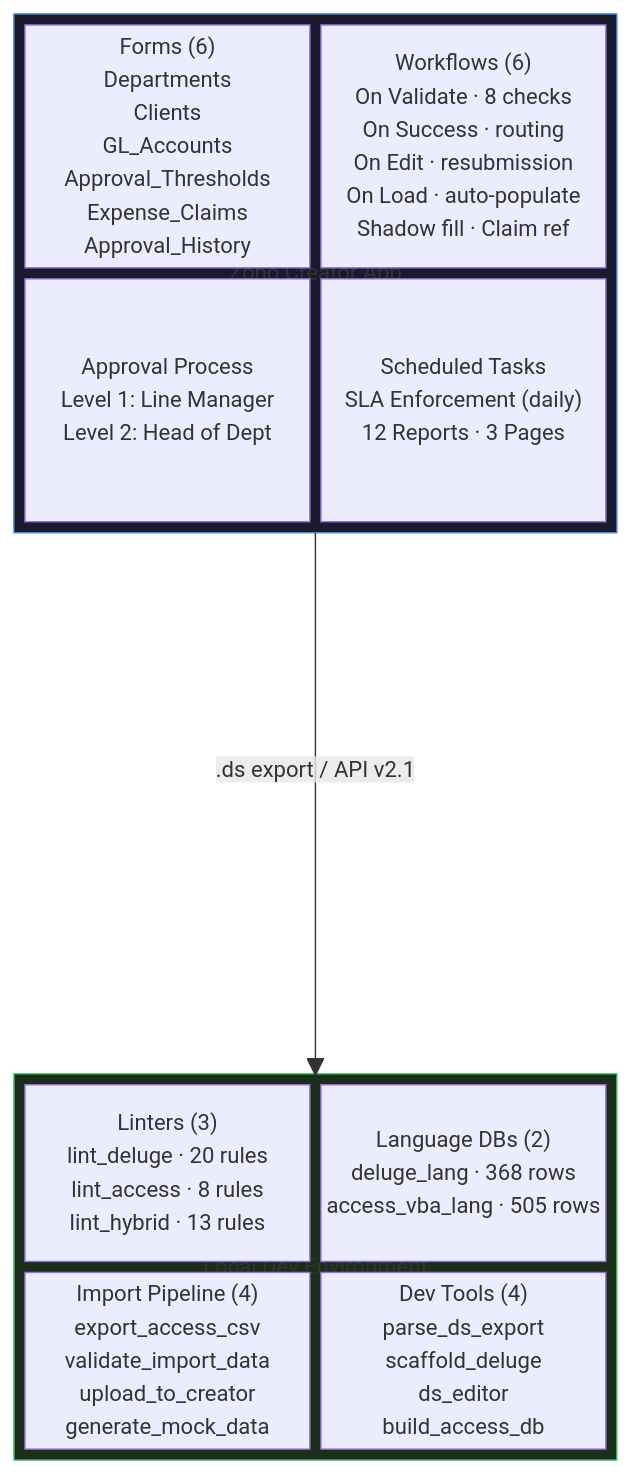
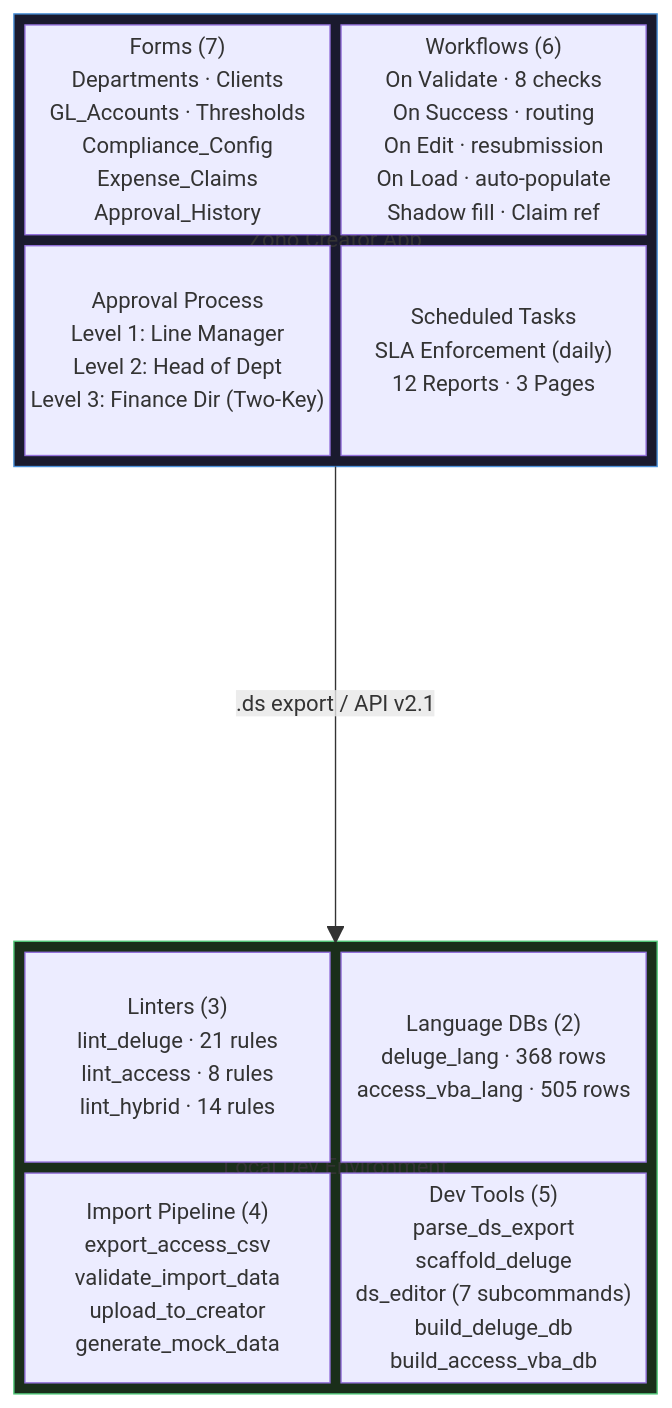
The first of 3 diagrams in README.md (HolgerRGevers/expense_reimbursement_manager), drawn with Mermaid before and after one commit. The commit also changed other lines of this file and 1 other file, not shown here.

First line of the commit message:
docs: rethink README for v0.7.0 — reflect Two-Key, ESG, ForgeDS, Custom API

````diff
--- a/README.md
+++ b/README.md
@@ -141,27 +160,27 @@
 ```mermaid
 block-beta
     columns 1
 
     block:creator["Zoho Creator App"]
         columns 2
-        forms["Forms (6)\nDepartments\nClients\nGL_Accounts\nApproval_Thresholds\nExpense_Claims\nApproval_History"]
+        forms["Forms (7)\nDepartments · Clients\nGL_Accounts · Thresholds\nCompliance_Config\nExpense_Claims\nApproval_History"]
         workflows["Workflows (6)\nOn Validate · 8 checks\nOn Success · routing\nOn Edit · resubmission\nOn Load · auto-populate\nShadow fill · Claim ref"]
-        approval["Approval Process\nLevel 1: Line Manager\nLevel 2: Head of Dept"]
+        approval["Approval Process\nLevel 1: Line Manager\nLevel 2: Head of Dept\nLevel 3: Finance Dir (Two-Key)"]
         scheduled["Scheduled Tasks\nSLA Enforcement (daily)\n12 Reports · 3 Pages"]
     end
 
     space
 
     block:local["Local Dev Environment"]
         columns 2
-        linters["Linters (3)\nlint_deluge · 20 rules\nlint_access · 8 rules\nlint_hybrid · 13 rules"]
+        linters["Linters (3)\nlint_deluge · 21 rules\nlint_access · 8 rules\nlint_hybrid · 14 rules"]
         databases["Language DBs (2)\ndeluge_lang · 368 rows\naccess_vba_lang · 505 rows"]
         pipeline["Import Pipeline (4)\nexport_access_csv\nvalidate_import_data\nupload_to_creator\ngenerate_mock_data"]
-        devtools["Dev Tools (4)\nparse_ds_export\nscaffold_deluge\nds_editor\nbuild_access_db"]
+        devtools["Dev Tools (5)\nparse_ds_export\nscaffold_deluge\nds_editor (7 subcommands)\nbuild_deluge_db\nbuild_access_vba_db"]
     end
 
     creator -- ".ds export / API v2.1" --> local
 
     style creator fill:#1a1a2e,color:#e0e0e0,stroke:#4a90d9
     style local fill:#1a2e1a,color:#e0e0e0,stroke:#50c878
 ```
````
